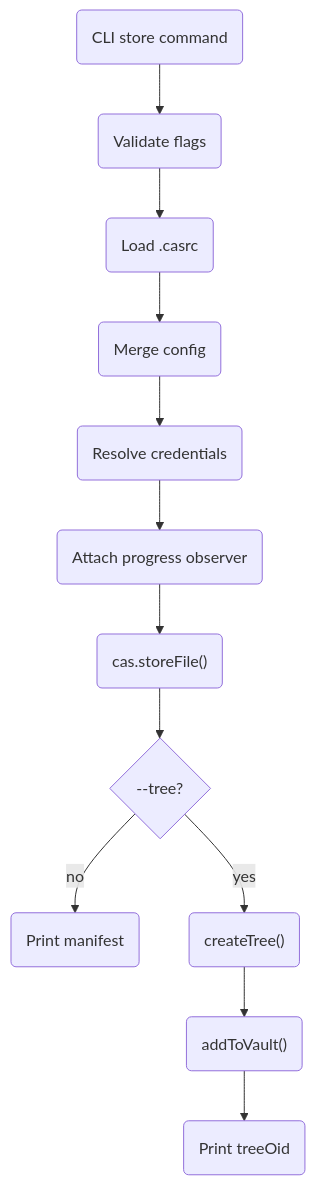
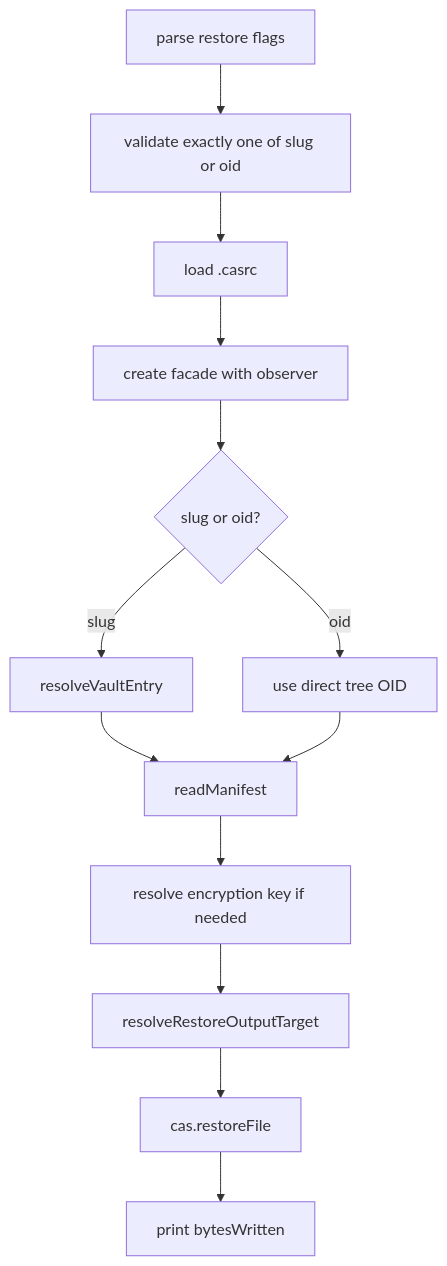
One commit to git-stunts/git-cas changed diagram 18 of 33 in docs/TECHNICAL_TEARDOWN.md. Above: the diagram before and after it, drawn with Mermaid. The commit also changed other lines of this file, not shown here.

````diff
--- a/docs/TECHNICAL_TEARDOWN.md
+++ b/docs/TECHNICAL_TEARDOWN.md
@@ -608,14 +875,15 @@
 ```mermaid
 flowchart TD
-    A("CLI store command") --> B("Validate flags")
-    B --> C("Load .casrc")
-    C --> D("Merge config")
-    D --> E("Resolve credentials")
-    E --> F("Attach progress observer")
-    F --> G("cas.storeFile()")
-    G --> H{"--tree?"}
-    H -->|"no"| I("Print manifest")
-    H -->|"yes"| J("createTree()")
-    J --> K("addToVault()")
-    K --> L("Print treeOid")
+    A["parse restore flags"] --> B["validate exactly one of slug or oid"]
+    B --> C["load .casrc"]
+    C --> D["create facade with observer"]
+    D --> E{"slug or oid?"}
+    E -->|"slug"| F["resolveVaultEntry"]
+    E -->|"oid"| G["use direct tree OID"]
+    F --> H["readManifest"]
+    G --> H
+    H --> I["resolve encryption key if needed"]
+    I --> J["resolveRestoreOutputTarget"]
+    J --> K["cas.restoreFile"]
+    K --> L["print bytesWritten"]
 ```
````
